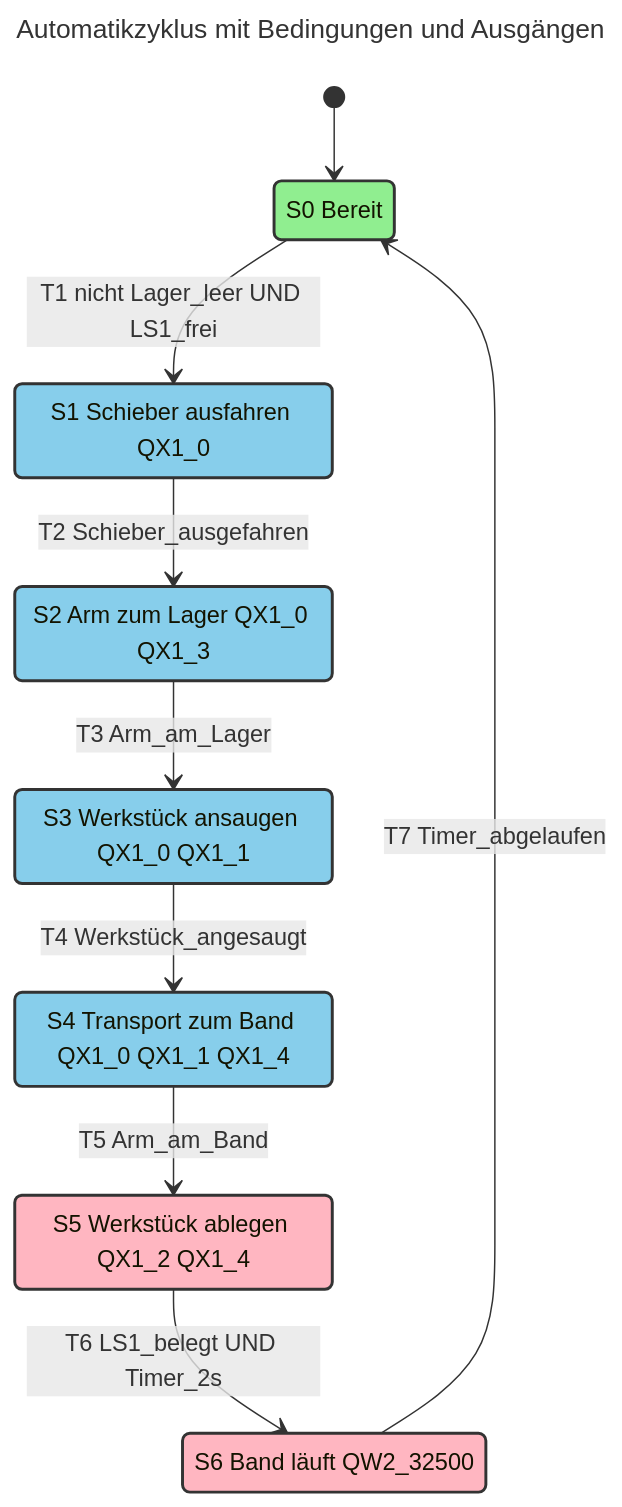
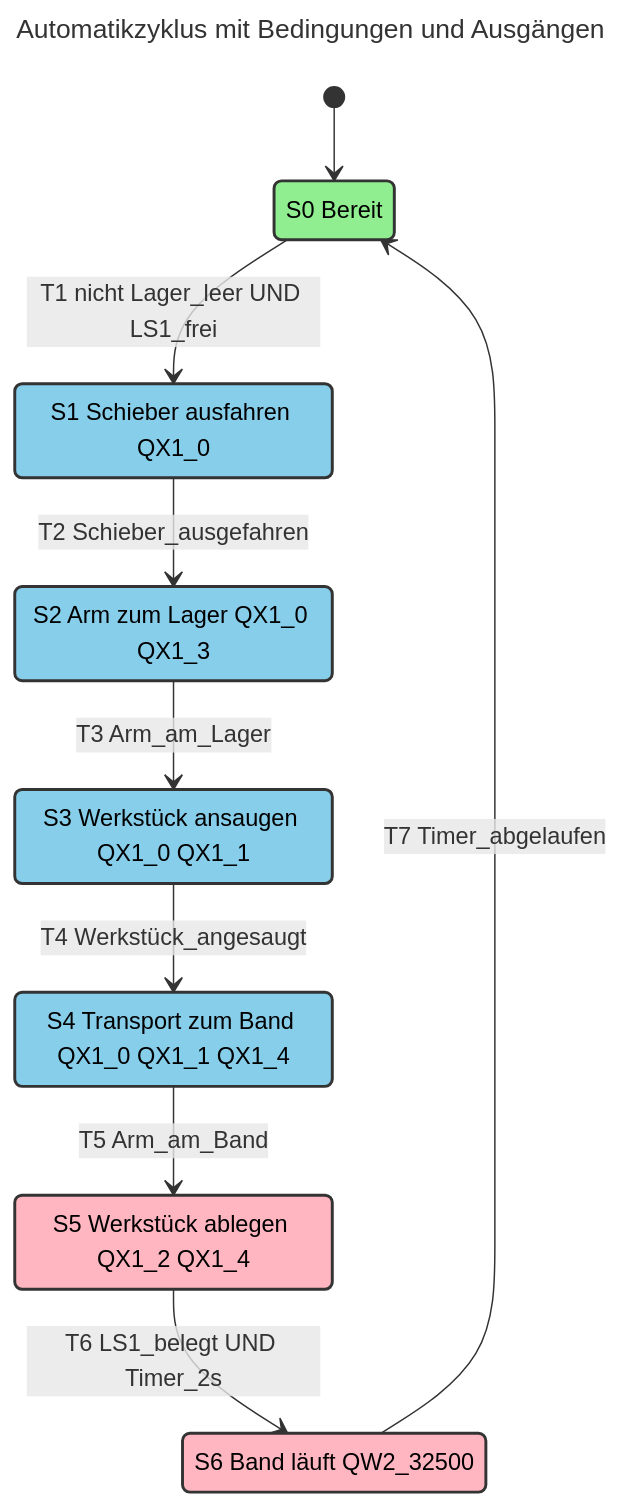
The third of 9 diagrams in Petrinetz_Grafiken.md (goldjunge91/ATP_Labor2), drawn with Mermaid before and after one commit. The commit also changed other lines of this file, not shown here.

Commit message:
Farbdefinitionen in Petrinetz-Diagrammen für bessere Lesbarkeit und Konsistenz

````diff
--- a/Petrinetz_Grafiken.md
+++ b/Petrinetz_Grafiken.md
@@ -70,32 +70,32 @@
 ```mermaid
 ---
 title: Automatikzyklus mit Bedingungen und Ausgängen
 ---
 stateDiagram-v2
     direction TB
     
-    classDef initialState fill:#90EE90,stroke:#333,stroke-width:2px
-    classDef processState fill:#87CEEB,stroke:#333,stroke-width:2px
-    classDef outputState fill:#FFB6C1,stroke:#333,stroke-width:2px
+    classDef initialState fill:#90EE90,stroke:#333,stroke-width:2px, color:#000000
+    classDef processState fill:#87CEEB,stroke:#333,stroke-width:2px, color:#000000
+    classDef outputState fill:#FFB6C1,stroke:#333,stroke-width:2px, color:#000000
     
     [*] --> S0
     S0: S0 Bereit
     S1: S1 Schieber ausfahren QX1_0
     S2: S2 Arm zum Lager QX1_0 QX1_3
     S3: S3 Werkstück ansaugen QX1_0 QX1_1
     S4: S4 Transport zum Band QX1_0 QX1_1 QX1_4
     S5: S5 Werkstück ablegen QX1_2 QX1_4
     S6: S6 Band läuft QW2_32500
     
     S0 --> S1 : T1 nicht Lager_leer UND LS1_frei
     S1 --> S2 : T2 Schieber_ausgefahren
     S2 --> S3 : T3 Arm_am_Lager
     S3 --> S4 : T4 Werkstück_angesaugt
     S4 --> S5 : T5 Arm_am_Band
     S5 --> S6 : T6 LS1_belegt UND Timer_2s
     S6 --> S0 : T7 Timer_abgelaufen
     
     class S0 initialState
     class S1,S2,S3,S4 processState
     class S5,S6 outputState
 ```
````
